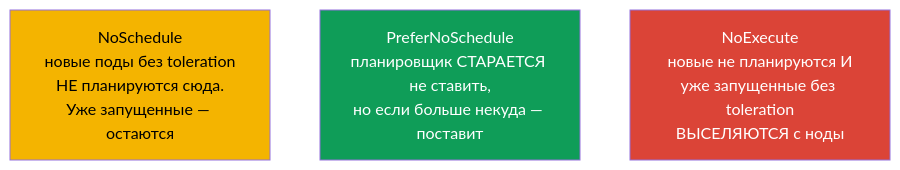
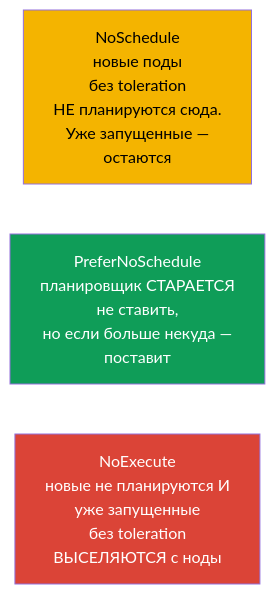
Before and after one commit to ViktorUJ/cks: the second of 5 diagrams in tasks/cka/course/13/ru.md, drawn with Mermaid. The commit also changed other lines of this file, not shown here.

````diff
--- a/tasks/cka/course/13/ru.md
+++ b/tasks/cka/course/13/ru.md
@@ -62,9 +62,10 @@
 ```mermaid
 flowchart TB
-    ns["NoSchedule<br>новые поды без toleration<br>НЕ планируются сюда.<br>Уже запущенные — остаются"]
-    pns["PreferNoSchedule<br>планировщик СТАРАЕТСЯ не ставить,<br>но если больше некуда — поставит"]
-    ne["NoExecute<br>новые не планируются И<br>уже запущенные без toleration<br>ВЫСЕЛЯЮТСЯ с ноды"]
+    ns["NoSchedule<br>новые поды<br>без toleration<br>НЕ планируются сюда.<br>Уже запущенные —<br>остаются"]
+    pns["PreferNoSchedule<br>планировщик СТАРАЕТСЯ<br>не ставить,<br>но если больше некуда —<br>поставит"]
+    ne["NoExecute<br>новые не планируются И<br>уже запущенные<br>без toleration<br>ВЫСЕЛЯЮТСЯ с ноды"]
+    ns ~~~ pns ~~~ ne
     style ns fill:#f4b400,color:#000
     style pns fill:#0f9d58,color:#fff
     style ne fill:#db4437,color:#fff
 ```
````
